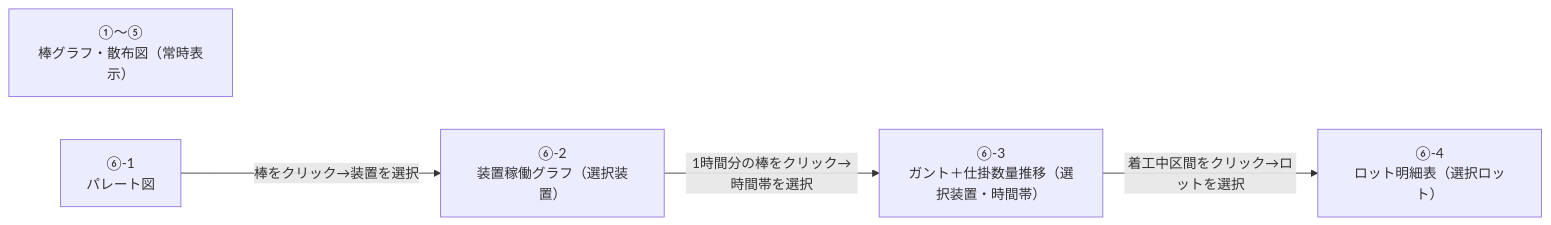
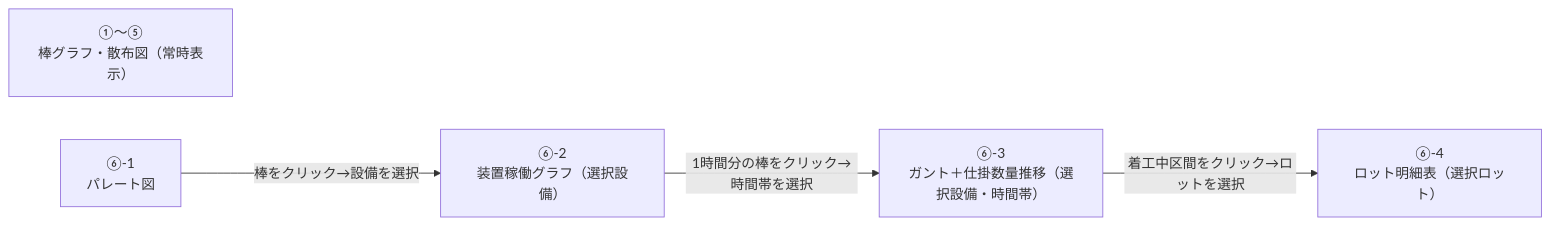
One commit to mukumuyi/AnalyseTool changed the first of 7 diagrams in .steering/20260830-eqp-workload-analysis/design.md. Above: the diagram before and after it, drawn with Mermaid. The commit also changed other lines of this file and 2 other files, not shown here.

````diff
--- a/.steering/20260830-eqp-workload-analysis/design.md
+++ b/.steering/20260830-eqp-workload-analysis/design.md
@@ -58,12 +59,12 @@
 ```mermaid
 flowchart LR
     S0["①〜⑤<br/>棒グラフ・散布図（常時表示）"]
     S1["⑥-1<br/>パレート図"]
-    S2["⑥-2<br/>装置稼働グラフ（選択装置）"]
-    S3["⑥-3<br/>ガント＋仕掛数量推移（選択装置・時間帯）"]
+    S2["⑥-2<br/>装置稼働グラフ（選択設備）"]
+    S3["⑥-3<br/>ガント＋仕掛数量推移（選択設備・時間帯）"]
     S4["⑥-4<br/>ロット明細表（選択ロット）"]
 
-    S1 -->|"棒をクリック→装置を選択"| S2
+    S1 -->|"棒をクリック→設備を選択"| S2
     S2 -->|"1時間分の棒をクリック→時間帯を選択"| S3
     S3 -->|"着工中区間をクリック→ロットを選択"| S4
 ```
````
